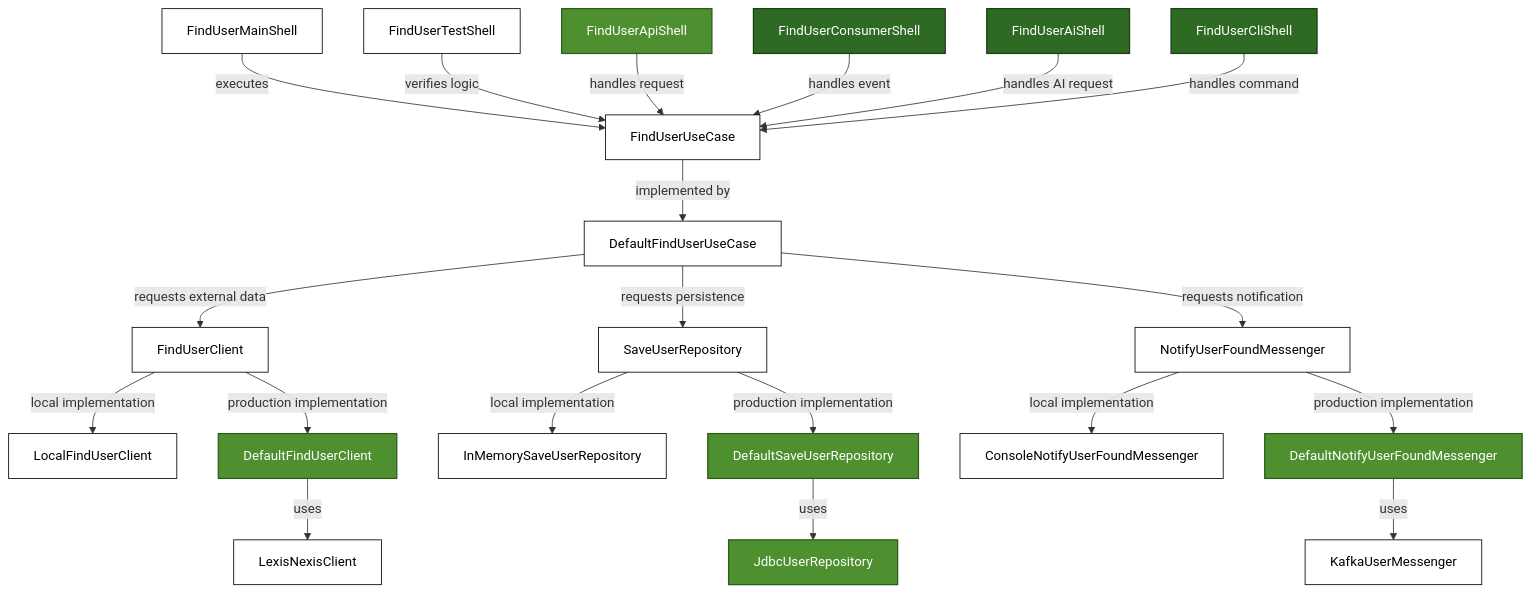
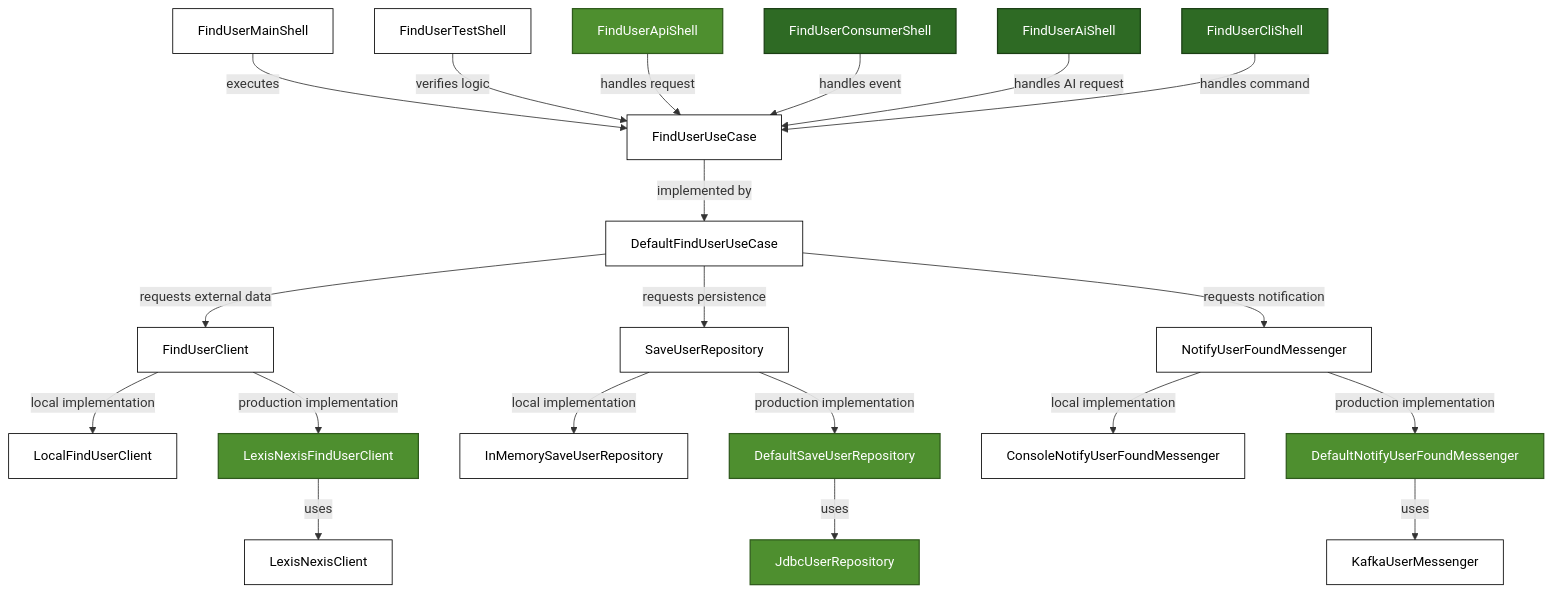
One commit to hermi-projects/hermi changed the diagram in README.md. Above: the diagram before and after it, drawn with Mermaid. The commit also changed other lines of this file and 5 other files, not shown here.

````diff
--- a/README.md
+++ b/README.md
@@ -627,59 +627,59 @@
 ```mermaid
 graph TD
     %% Main Shell
     S_Main[FindUserMainShell] -->|executes| U_UseCase
 
     %% JUnit Shell
     S_JUnit[FindUserTestShell] -->|verifies logic| U_UseCase
     
     %% API Shell
     S_Api[FindUserApiShell] -->|handles request| U_UseCase
 
     %% Consumer Shell
     S_Consumer[FindUserConsumerShell] -->|handles event| U_UseCase
 
     %% AI Shell
     S_Ai[FindUserAiShell] -->|handles AI request| U_UseCase
 
     %% CLI Shell
     S_Cli[FindUserCliShell] -->|handles command| U_UseCase
 
     %% Use Case Interface -> Default Implementation
     U_UseCase[FindUserUseCase] -->|implemented by| U_Default[DefaultFindUserUseCase]
     
     %% Default Implementation -> Contracts
     U_Default -->|requests external data| U_Client[FindUserClient]
     U_Default -->|requests persistence| U_Repo[SaveUserRepository]
     U_Default -->|requests notification| U_Messenger[NotifyUserFoundMessenger]
 
     %% Local Implementations
     U_Client -->|local implementation| A_LocalClient[LocalFindUserClient]
     U_Repo -->|local implementation| A_LocalRepo[InMemorySaveUserRepository]
     U_Messenger -->|local implementation| A_LocalMessenger[ConsoleNotifyUserFoundMessenger]
 
     %% Production Implementations (Updated)
-    U_Client -->|production implementation| A_ProdClient[DefaultFindUserClient]
+    U_Client -->|production implementation| A_ProdClient[LexisNexisFindUserClient]
     A_ProdClient -->|uses| A_ProdClientImpl[LexisNexisClient]
 
     U_Repo -->|production implementation| A_ProdRepo[DefaultSaveUserRepository]
     A_ProdRepo -->|uses| A_ProdRepoImpl[JdbcUserRepository]
 
     U_Messenger -->|production implementation| A_ProdMessenger[DefaultNotifyUserFoundMessenger]
     A_ProdMessenger -->|uses| A_ProdMessengerImpl[KafkaUserMessenger]
 
     %% Styling
     classDef s_local fill:#FFFFFF,color:#000000,stroke:#000000,stroke-width:1px
     classDef s_api fill:#4E8F2F,color:#FFFFFF,stroke:#2F5A1C,stroke-width:1.5px
     classDef s_other fill:#2E6A24,color:#FFFFFF,stroke:#1B3F15,stroke-width:1.5px
     classDef core fill:#FFFFFF,color:#000000,stroke:#000000,stroke-width:1px
 
     %% Assign classes
     class S_Main,A_LocalClient,A_LocalRepo,A_LocalMessenger s_local
     class S_Api s_api
     class S_Consumer,S_Ai,S_Cli s_other
     class S_JUnit core
     class U_UseCase,U_Default,U_Client,U_Repo,U_Messenger core
     class A_ProdClient,A_ProdRepo,A_ProdMessenger s_api
     class A_ProdClientImpl,A_ProdMessengerImpl core
     class A_ProdRepoImpl s_api
 ```
````
